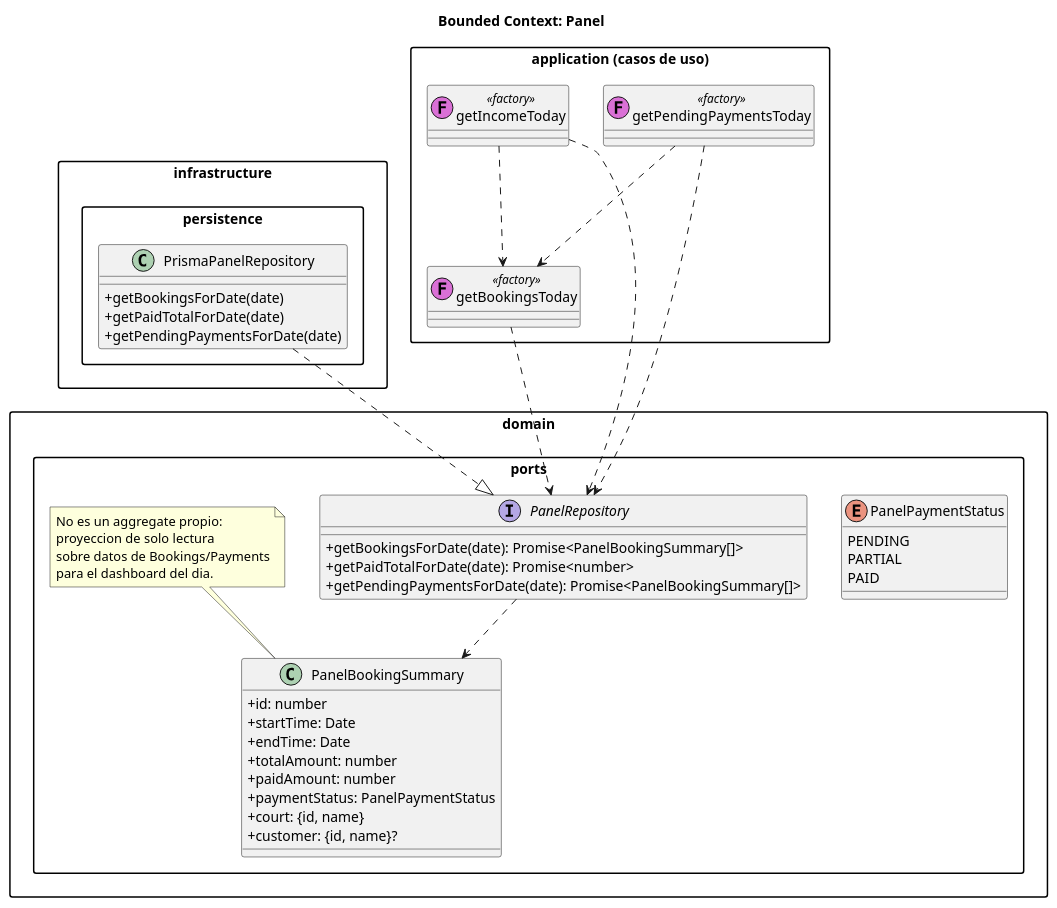
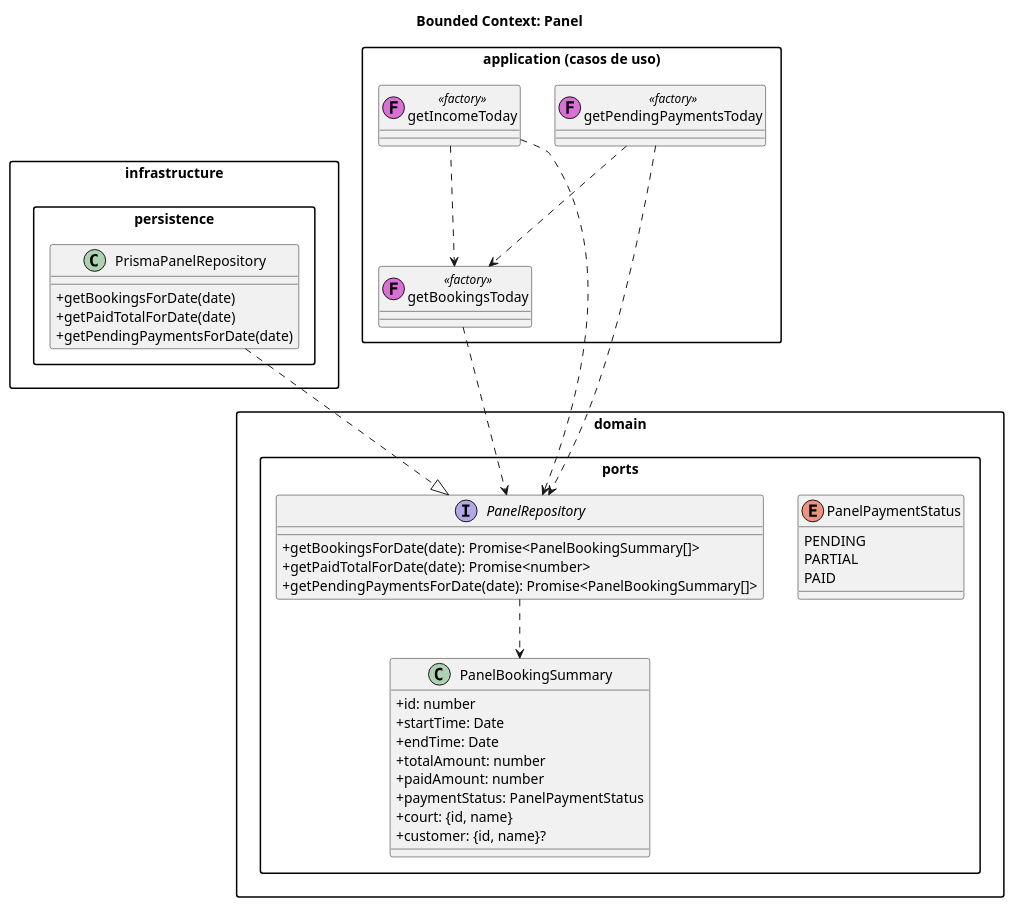
The diagram in docs/diagrams/panel.puml (brianna-salinas/la-canchita-de-carlos-backend), drawn with PlantUML before and after one commit. The commit also changed 475 other files, not shown here.

Commit message:
Agrega flujo de olvide-contraseña, corrige tildes y regenera diagramas de clase

```diff
--- a/docs/diagrams/panel.puml
+++ b/docs/diagrams/panel.puml
@@ -1,62 +1,56 @@
 @startuml panel-context
 title Bounded Context: Panel
 
 skinparam classAttributeIconSize 0
 skinparam packageStyle rectangle
 
 package "domain.ports" {
   enum PanelPaymentStatus {
     PENDING
     PARTIAL
     PAID
   }
 
   class PanelBookingSummary {
     +id: number
     +startTime: Date
     +endTime: Date
     +totalAmount: number
     +paidAmount: number
     +paymentStatus: PanelPaymentStatus
     +court: {id, name}
     +customer: {id, name}?
   }
 
   interface PanelRepository {
     +getBookingsForDate(date): Promise<PanelBookingSummary[]>
     +getPaidTotalForDate(date): Promise<number>
     +getPendingPaymentsForDate(date): Promise<PanelBookingSummary[]>
   }
 
   PanelRepository ..> PanelBookingSummary
-  note top of PanelBookingSummary
-    No es un aggregate propio:
-    proyeccion de solo lectura
-    sobre datos de Bookings/Payments
-    para el dashboard del dia.
-  end note
 }
 
 package "infrastructure.persistence" {
   class PrismaPanelRepository {
     +getBookingsForDate(date)
     +getPaidTotalForDate(date)
     +getPendingPaymentsForDate(date)
   }
 
   PrismaPanelRepository ..|> PanelRepository
 }
 
 package "application (casos de uso)" {
   class getBookingsToday << (F,orchid) factory >>
   class getIncomeToday << (F,orchid) factory >>
   class getPendingPaymentsToday << (F,orchid) factory >>
 
   getBookingsToday ..> PanelRepository
   getIncomeToday ..> PanelRepository
   getIncomeToday ..> getBookingsToday
   getPendingPaymentsToday ..> PanelRepository
   getPendingPaymentsToday ..> getBookingsToday
 }
 
 @enduml
```
